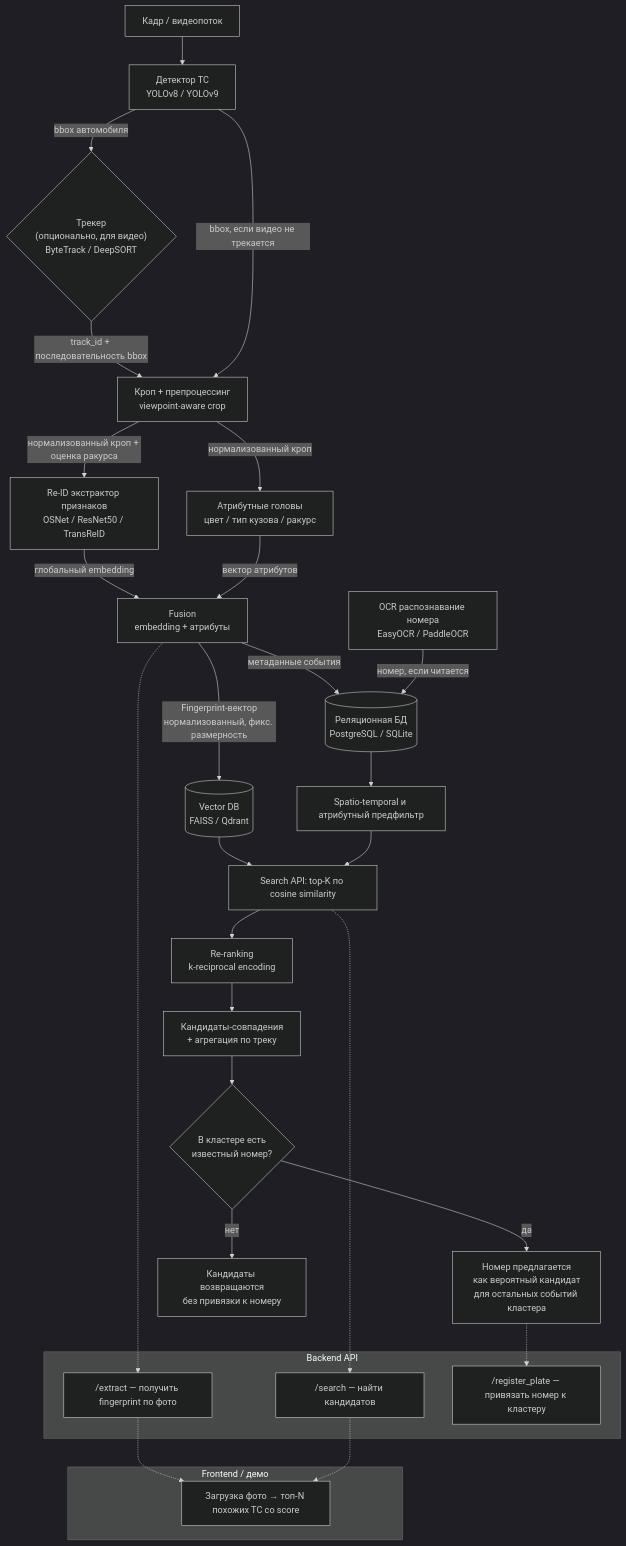
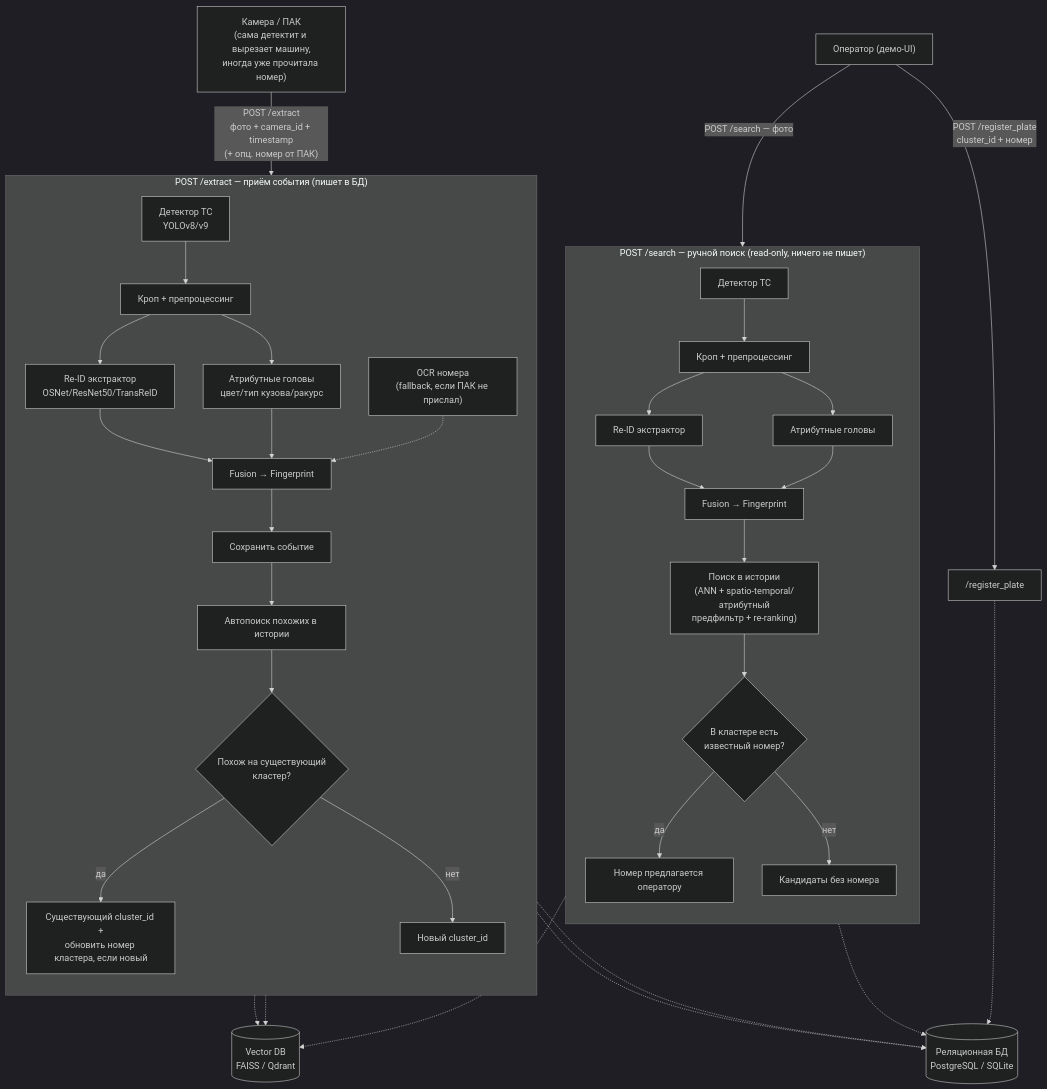
Before and after one commit to ladmol/LCT: the diagram in docs/architecture.md, drawn with Mermaid (dark theme). The commit also changed other lines of this file and 4 other files, not shown here.

First line of the commit message:
Fix ingestion model across docs: push from camera/ПАК, not video stream

````diff
--- a/docs/architecture.md
+++ b/docs/architecture.md
@@ -11,40 +13,42 @@
 ```mermaid
 flowchart TD
-    A[Кадр / видеопоток] --> B["Детектор ТС<br/>YOLOv8 / YOLOv9"]
-    B -->|bbox автомобиля| C{"Трекер<br/>(опционально, для видео)<br/>ByteTrack / DeepSORT"}
-    C -->|track_id + последовательность bbox| D["Кроп + препроцессинг<br/>viewpoint-aware crop"]
-    B -->|bbox, если видео не трекается| D
-    D -->|нормализованный кроп + оценка ракурса| E["Re-ID экстрактор признаков<br/>OSNet / ResNet50 / TransReID"]
-    D -->|нормализованный кроп| F["Атрибутные головы<br/>цвет / тип кузова / ракурс"]
-    E -->|глобальный embedding| G["Fusion<br/>embedding + атрибуты"]
-    F -->|вектор атрибутов| G
-    G -->|Fingerprint-вектор<br/>нормализованный, фикс. размерность| H[("Vector DB<br/>FAISS / Qdrant")]
-    G -->|метаданные события| I[("Реляционная БД<br/>PostgreSQL / SQLite")]
-    J["OCR распознавание номера<br/>EasyOCR / PaddleOCR"] -->|номер, если читается| I
+    CAM["Камера / ПАК<br/>(сама детектит и вырезает машину,<br/>иногда уже прочитала номер)"] -->|"POST /extract<br/>фото + camera_id + timestamp<br/>(+ опц. номер от ПАК)"| EXTRACT
+    OP["Оператор (демо-UI)"] -->|"POST /search — фото"| SEARCH
+    OP -->|"POST /register_plate<br/>cluster_id + номер"| REGISTER["/register_plate"]
 
-    H --> K["Search API: top-K по cosine similarity"]
-    I --> L["Spatio-temporal и атрибутный предфильтр"]
-    L --> K
-    K --> M["Re-ranking<br/>k-reciprocal encoding"]
-    M --> N["Кандидаты-совпадения<br/>+ агрегация по треку"]
-    N --> O{"В кластере есть<br/>известный номер?"}
-    O -->|да| P["Номер предлагается<br/>как вероятный кандидат<br/>для остальных событий кластера"]
-    O -->|нет| Q["Кандидаты возвращаются<br/>без привязки к номеру"]
-
-    subgraph "Backend API"
-        R["/extract — получить fingerprint по фото"]
-        S["/search — найти кандидатов"]
-        T["/register_plate — привязать номер к кластеру"]
+    subgraph EXTRACT["POST /extract — приём события (пишет в БД)"]
+        direction TB
+        B1["Детектор ТС<br/>YOLOv8/v9"] --> D1["Кроп + препроцессинг"]
+        D1 --> E1["Re-ID экстрактор<br/>OSNet/ResNet50/TransReID"]
+        D1 --> F1["Атрибутные головы<br/>цвет/тип кузова/ракурс"]
+        E1 --> G1["Fusion → Fingerprint"]
+        F1 --> G1
+        J1["OCR номера<br/>(fallback, если ПАК не прислал)"] -.-> G1
+        G1 --> SAVE["Сохранить событие"]
+        SAVE --> MATCH1["Автопоиск похожих в истории"]
+        MATCH1 --> CLUSTER{"Похож на существующий<br/>кластер?"}
+        CLUSTER -->|да| ASSIGN["Существующий cluster_id +<br/>обновить номер кластера, если новый"]
+        CLUSTER -->|нет| NEWCL["Новый cluster_id"]
     end
 
-    G -.-> R
-    K -.-> S
-    P -.-> T
-
-    subgraph "Frontend / демо"
-        U["Загрузка фото → топ-N похожих ТС со score"]
+    subgraph SEARCH["POST /search — ручной поиск (read-only, ничего не пишет)"]
+        direction TB
+        B2["Детектор ТС"] --> D2["Кроп + препроцессинг"]
+        D2 --> E2["Re-ID экстрактор"]
+        D2 --> F2["Атрибутные головы"]
+        E2 --> G2["Fusion → Fingerprint"]
+        F2 --> G2
+        G2 --> MATCH2["Поиск в истории<br/>(ANN + spatio-temporal/атрибутный<br/>предфильтр + re-ranking)"]
+        MATCH2 --> RESULT{"В кластере есть<br/>известный номер?"}
+        RESULT -->|да| SUGGEST["Номер предлагается оператору"]
+        RESULT -->|нет| PLAIN["Кандидаты без номера"]
     end
 
-    R -.-> U
-    S -.-> U
+    SAVE -.-> VDB[("Vector DB<br/>FAISS / Qdrant")]
+    SAVE -.-> RDB[("Реляционная БД<br/>PostgreSQL / SQLite")]
+    MATCH1 -.-> VDB
+    MATCH2 -.-> VDB
+    MATCH2 -.-> RDB
+    ASSIGN -.-> RDB
+    REGISTER -.-> RDB
 ```
````
